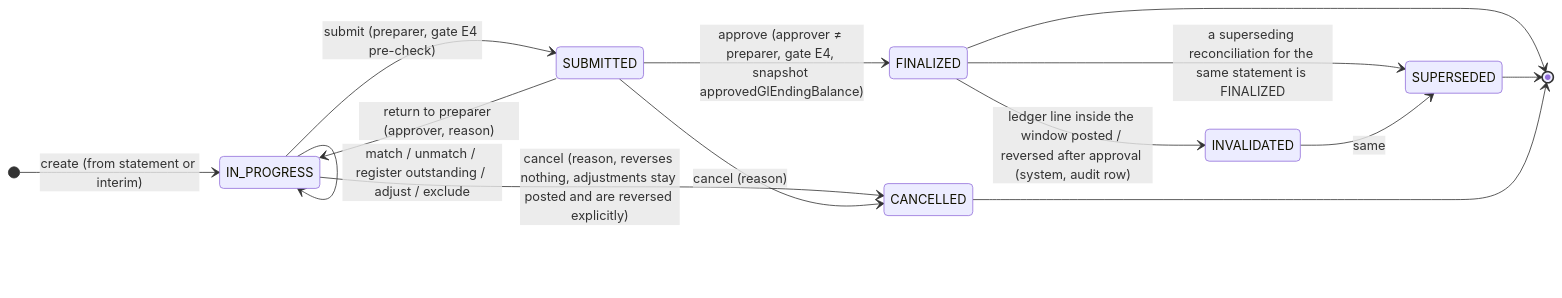
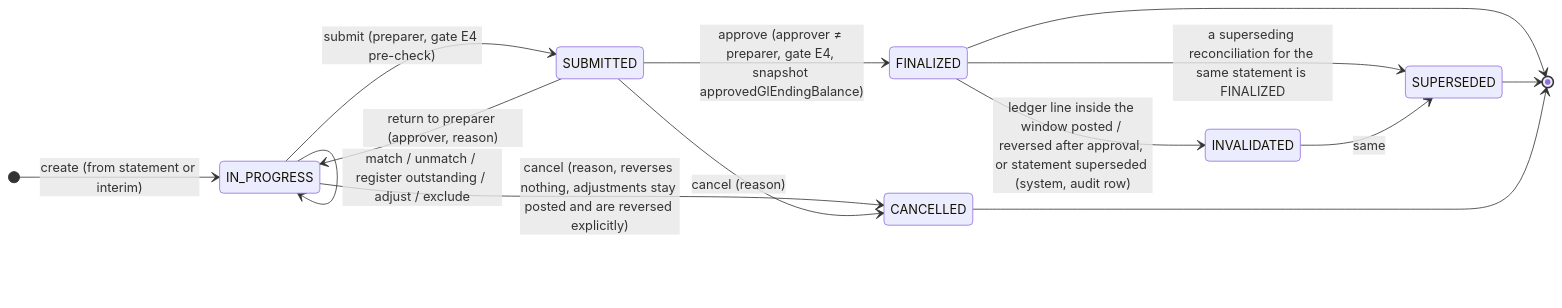
The second of 2 diagrams in domains/accounting/SPEC-manual-bank-reconciliation.md (louisburroughs/durion), drawn with Mermaid before and after one commit. The commit also changed other lines of this file, not shown here.

````diff
--- a/domains/accounting/SPEC-manual-bank-reconciliation.md
+++ b/domains/accounting/SPEC-manual-bank-reconciliation.md
@@ -467,17 +495,17 @@
 ```mermaid
 stateDiagram-v2
     direction LR
     [*] --> IN_PROGRESS: create (from statement or interim)
     IN_PROGRESS --> IN_PROGRESS: match / unmatch / register outstanding / adjust / exclude
     IN_PROGRESS --> SUBMITTED: submit (preparer, gate E4 pre-check)
     SUBMITTED --> IN_PROGRESS: return to preparer (approver, reason)
     SUBMITTED --> FINALIZED: approve (approver ≠ preparer, gate E4, snapshot approvedGlEndingBalance)
     IN_PROGRESS --> CANCELLED: cancel (reason, reverses nothing, adjustments stay posted and are reversed explicitly)
     SUBMITTED --> CANCELLED: cancel (reason)
-    FINALIZED --> INVALIDATED: ledger line inside the window posted / reversed after approval (system, audit row)
+    FINALIZED --> INVALIDATED: ledger line inside the window posted / reversed after approval, or statement superseded (system, audit row)
     FINALIZED --> SUPERSEDED: a superseding reconciliation for the same statement is FINALIZED
     INVALIDATED --> SUPERSEDED: same
     FINALIZED --> [*]
     SUPERSEDED --> [*]
     CANCELLED --> [*]
 ```
````
